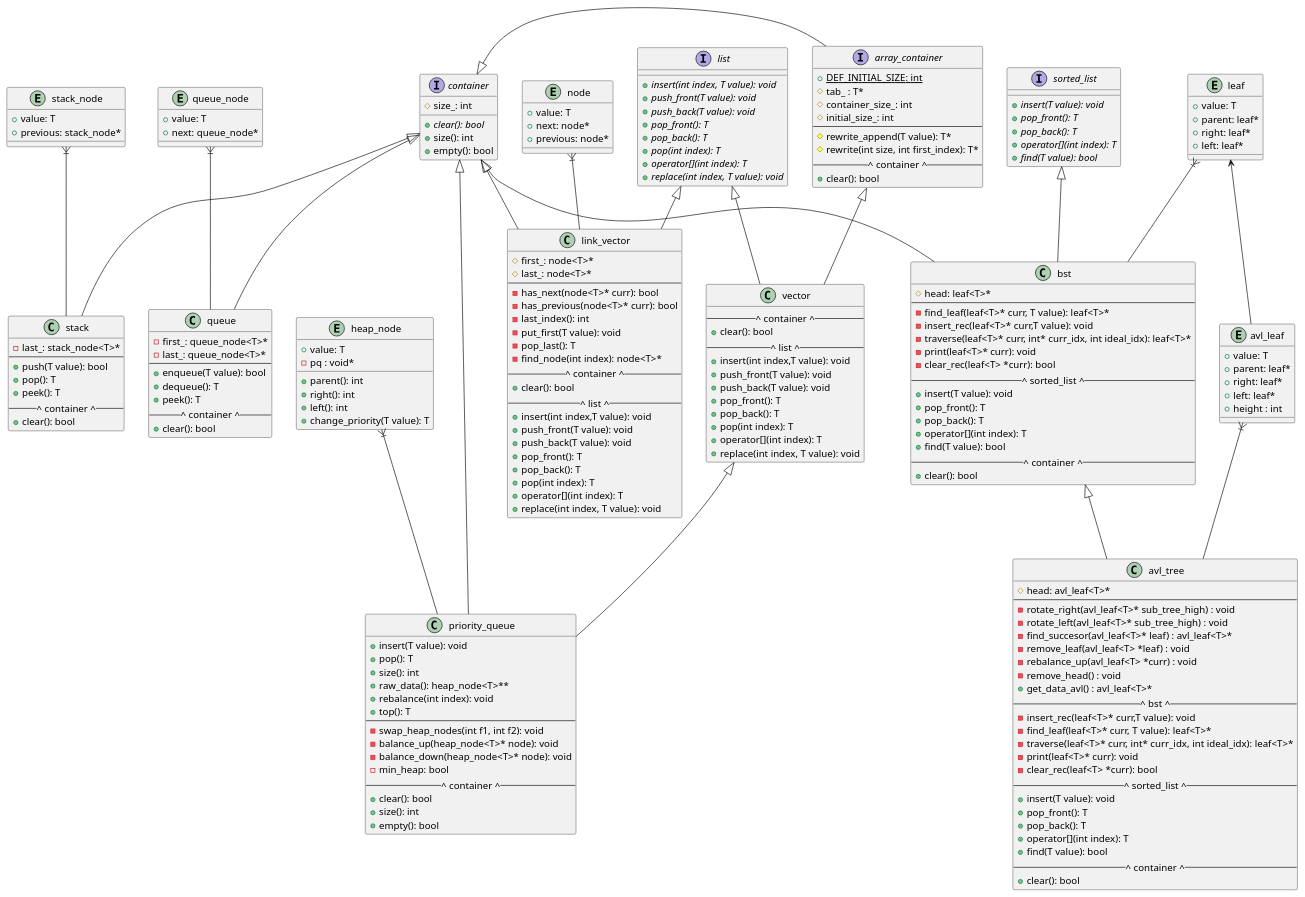
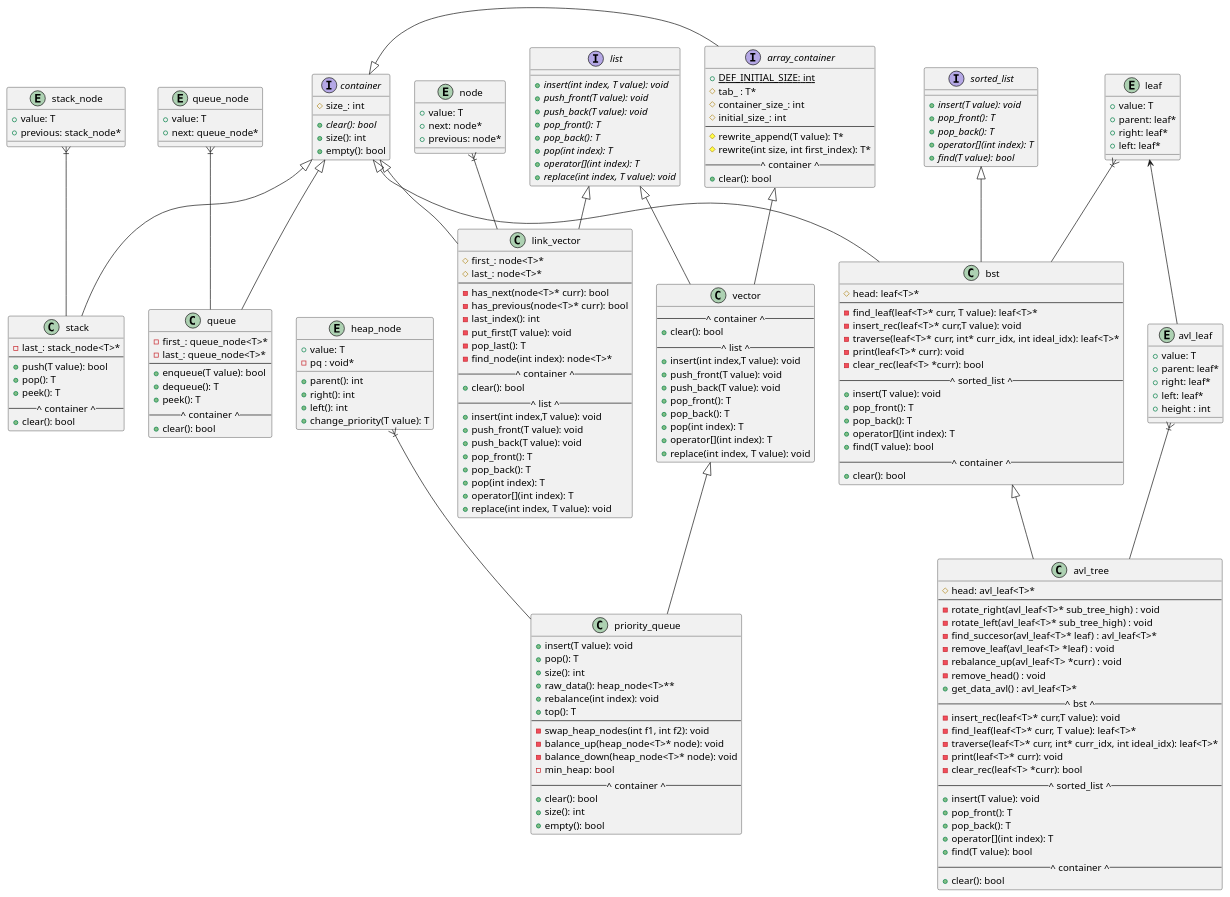
One commit to lpawlak1/data_structures changed the diagram in data_structure.puml. Above: the diagram before and after it, drawn with PlantUML. The commit also changed 7 other files, not shown here.

Commit message:
Added conan to project, resolved errors in priority_queue

```diff
--- a/data_structure.puml
+++ b/data_structure.puml
@@ -195,7 +195,6 @@
 
 heap_node }|-- priority_queue
 vector <|-- priority_queue
-container <|-- priority_queue
 
 list <|-- link_vector
 container <|- array_container
```
